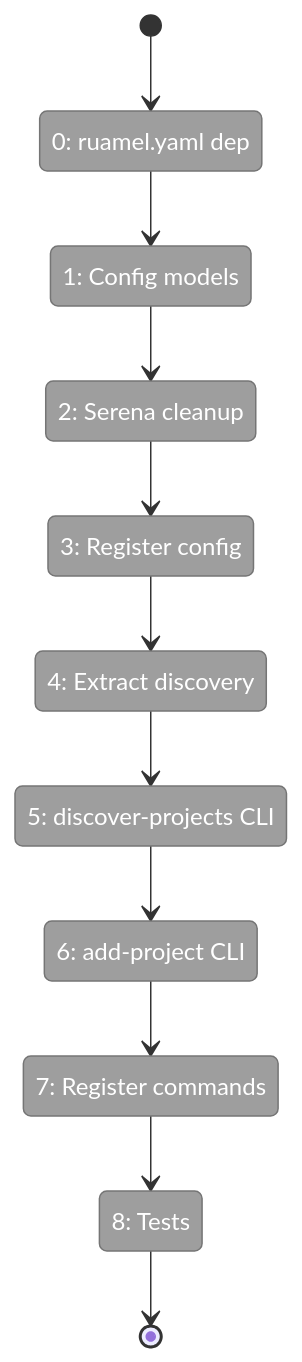
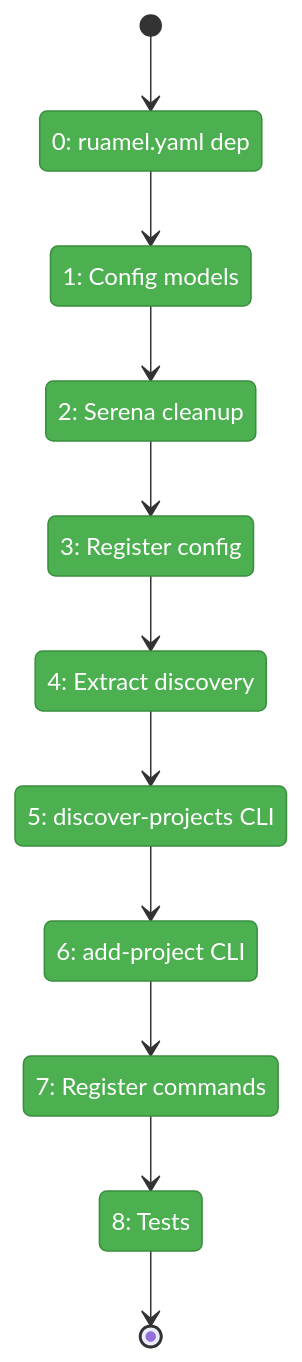
Before and after one commit to AI-Substrate/flow_squared: the first of 2 diagrams in docs/plans/038-scip-cross-file-rels/tasks/phase-3-config-discovery-cli/tasks.fltplan.md, drawn with Mermaid. The commit also changed other lines of this file and 24 other files, not shown here.

````diff
--- a/docs/plans/038-scip-cross-file-rels/tasks/phase-3-config-discovery-cli/tasks.fltplan.md
+++ b/docs/plans/038-scip-cross-file-rels/tasks/phase-3-config-discovery-cli/tasks.fltplan.md
@@ -39,30 +39,30 @@
 ```mermaid
 stateDiagram-v2
     classDef pending fill:#9E9E9E,stroke:#757575,color:#fff
     classDef active fill:#FFC107,stroke:#FFA000,color:#000
     classDef done fill:#4CAF50,stroke:#388E3C,color:#fff
     classDef blocked fill:#F44336,stroke:#D32F2F,color:#fff
 
     state "0: ruamel.yaml dep" as S0
     state "1: Config models" as S1
     state "2: Serena cleanup" as S2
     state "3: Register config" as S3
     state "4: Extract discovery" as S4
     state "5: discover-projects CLI" as S5
     state "6: add-project CLI" as S6
     state "7: Register commands" as S7
     state "8: Tests" as S8
 
     [*] --> S0
     S0 --> S1
     S1 --> S2
     S2 --> S3
     S3 --> S4
     S4 --> S5
     S5 --> S6
     S6 --> S7
     S7 --> S8
     S8 --> [*]
 
-    class S0,S1,S2,S3,S4,S5,S6,S7,S8 pending
+    class S0,S1,S2,S3,S4,S5,S6,S7,S8 done
 ```
````
